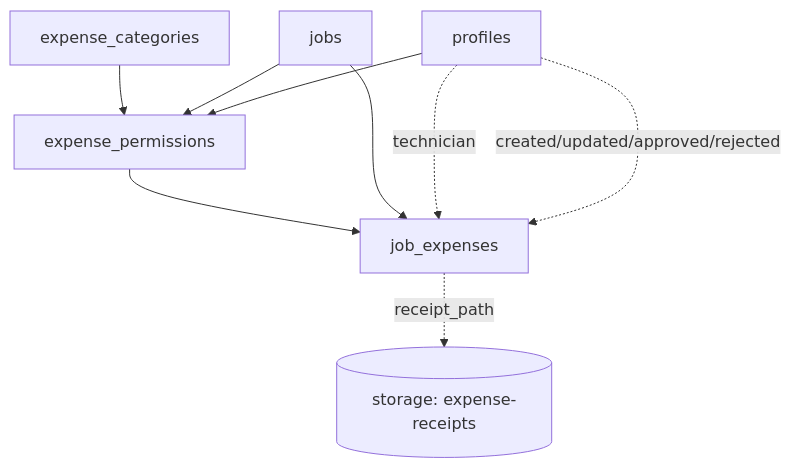
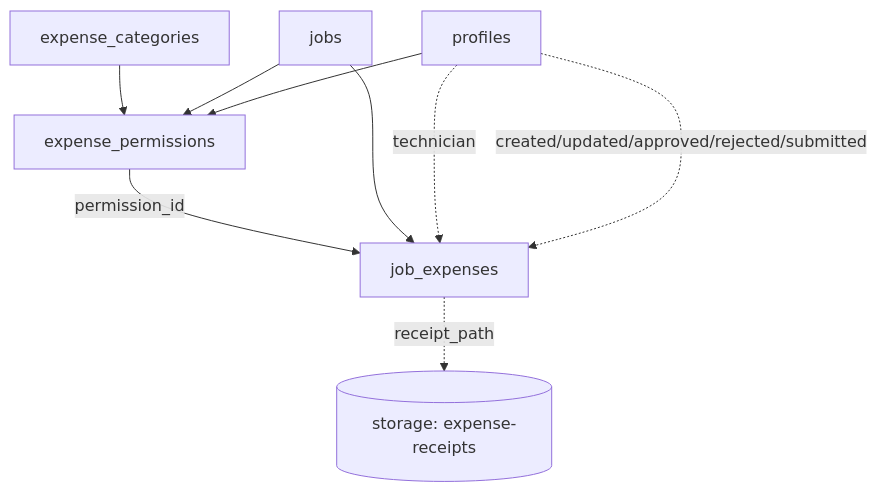
The diagram in docs/expenses-workflow.md (jvhtec/area-tecnica), drawn with Mermaid before and after one commit. The commit also changed other lines of this file and 4 other files, not shown here.

Commit message:
feat(expenses): add expense schema, approvals, and payout views

````diff
--- a/docs/expenses-workflow.md
+++ b/docs/expenses-workflow.md
@@ -17,11 +17,11 @@
 ```mermaid
 graph TD
   EC[expense_categories] --> EP[expense_permissions]
   Jobs[jobs] --> EP
   Profiles[profiles] --> EP
-  EP --> JE[job_expenses]
+  EP -- permission_id --> JE[job_expenses]
   Jobs --> JE
   Profiles -. technician .-> JE
-  Profiles -. created/updated/approved/rejected .-> JE
+  Profiles -. created/updated/approved/rejected/submitted .-> JE
   JE -. receipt_path .-> Bucket[(storage: expense-receipts)]
 ```
````
